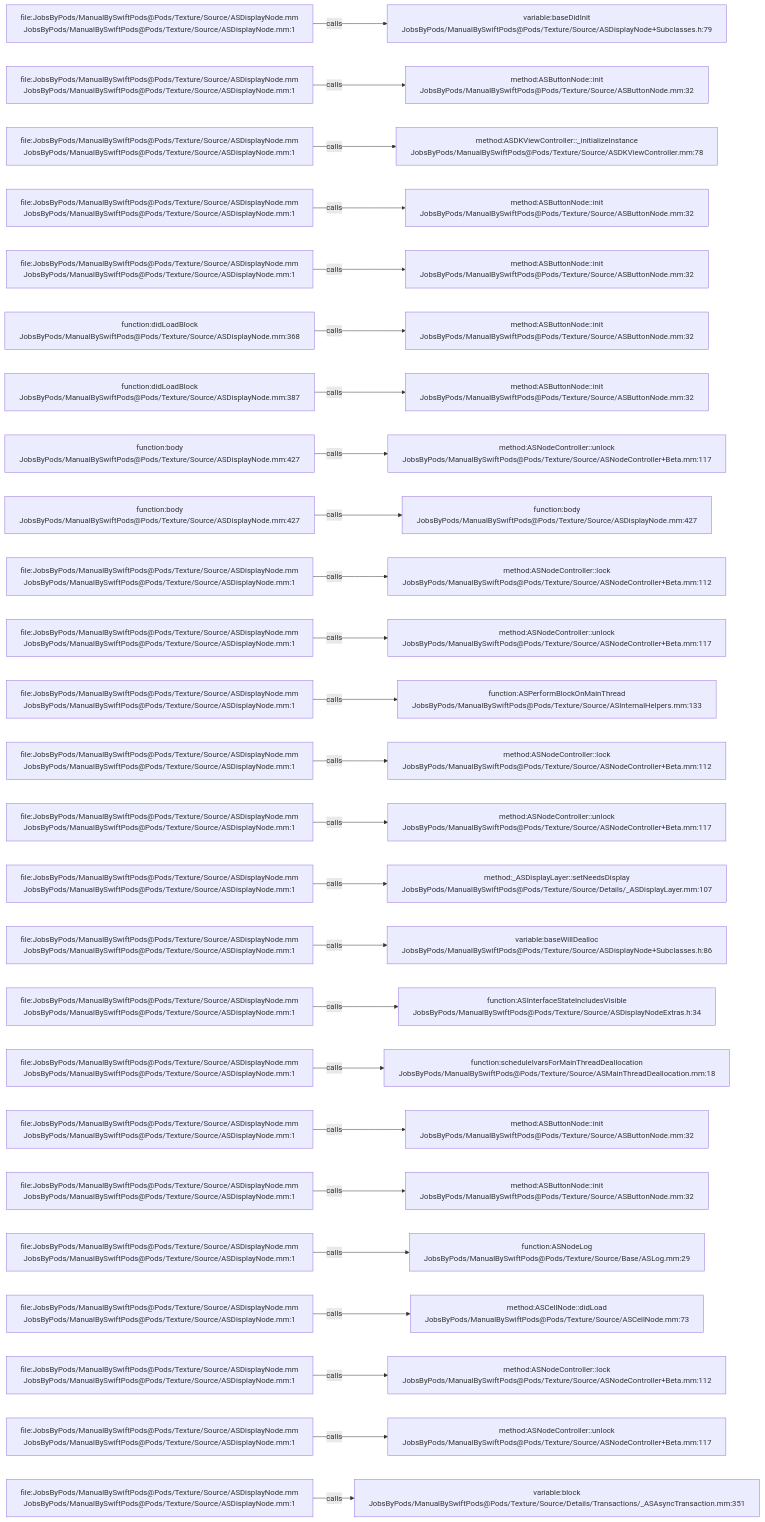
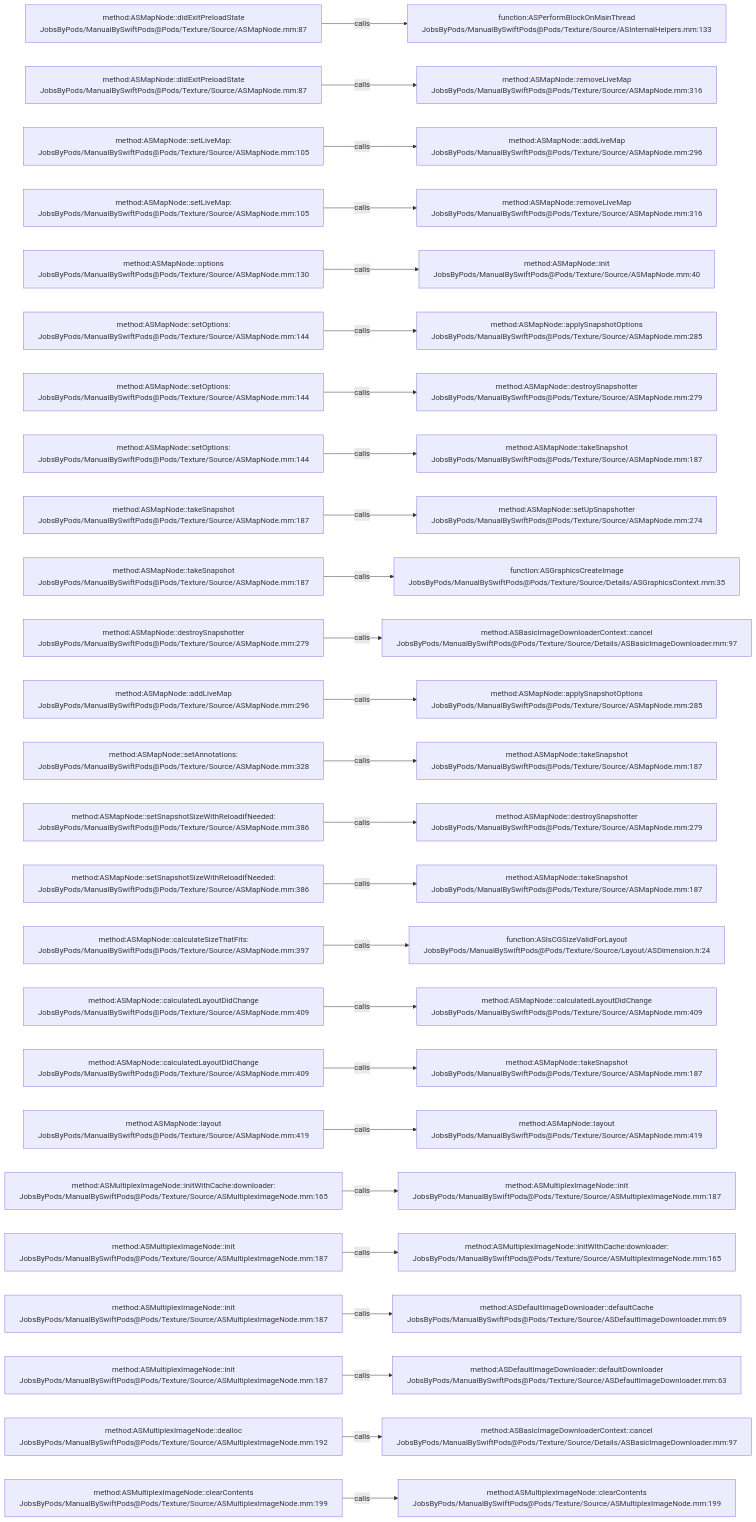
Before and after one commit to JobsKits/JobsSwiftBaseConfigDemo: the diagram in .codegraph/codegraph.md/graphs/calls-046.md, drawn with Mermaid. The commit also changed 832 other files, not shown here.

````diff
--- a/.codegraph/codegraph.md/graphs/calls-046.md
+++ b/.codegraph/codegraph.md/graphs/calls-046.md
@@ -13,78 +13,78 @@
 ```mermaid
 flowchart LR
-  S1["file:JobsByPods/ManualBySwiftPods@Pods/Texture/Source/ASDisplayNode.mm<br/>JobsByPods/ManualBySwiftPods@Pods/Texture/Source/ASDisplayNode.mm:1"]
-  T1["variable:baseDidInit<br/>JobsByPods/ManualBySwiftPods@Pods/Texture/Source/ASDisplayNode+Subclasses.h:79"]
+  S1["method:ASMapNode::didExitPreloadState<br/>JobsByPods/ManualBySwiftPods@Pods/Texture/Source/ASMapNode.mm:87"]
+  T1["function:ASPerformBlockOnMainThread<br/>JobsByPods/ManualBySwiftPods@Pods/Texture/Source/ASInternalHelpers.mm:133"]
   S1 -->|calls| T1
-  S2["file:JobsByPods/ManualBySwiftPods@Pods/Texture/Source/ASDisplayNode.mm<br/>JobsByPods/ManualBySwiftPods@Pods/Texture/Source/ASDisplayNode.mm:1"]
-  T2["method:ASButtonNode::init<br/>JobsByPods/ManualBySwiftPods@Pods/Texture/Source/ASButtonNode.mm:32"]
+  S2["method:ASMapNode::didExitPreloadState<br/>JobsByPods/ManualBySwiftPods@Pods/Texture/Source/ASMapNode.mm:87"]
+  T2["method:ASMapNode::removeLiveMap<br/>JobsByPods/ManualBySwiftPods@Pods/Texture/Source/ASMapNode.mm:316"]
   S2 -->|calls| T2
-  S3["file:JobsByPods/ManualBySwiftPods@Pods/Texture/Source/ASDisplayNode.mm<br/>JobsByPods/ManualBySwiftPods@Pods/Texture/Source/ASDisplayNode.mm:1"]
-  T3["method:ASDKViewController::_initializeInstance<br/>JobsByPods/ManualBySwiftPods@Pods/Texture/Source/ASDKViewController.mm:78"]
+  S3["method:ASMapNode::setLiveMap:<br/>JobsByPods/ManualBySwiftPods@Pods/Texture/Source/ASMapNode.mm:105"]
+  T3["method:ASMapNode::addLiveMap<br/>JobsByPods/ManualBySwiftPods@Pods/Texture/Source/ASMapNode.mm:296"]
   S3 -->|calls| T3
-  S4["file:JobsByPods/ManualBySwiftPods@Pods/Texture/Source/ASDisplayNode.mm<br/>JobsByPods/ManualBySwiftPods@Pods/Texture/Source/ASDisplayNode.mm:1"]
-  T4["method:ASButtonNode::init<br/>JobsByPods/ManualBySwiftPods@Pods/Texture/Source/ASButtonNode.mm:32"]
+  S4["method:ASMapNode::setLiveMap:<br/>JobsByPods/ManualBySwiftPods@Pods/Texture/Source/ASMapNode.mm:105"]
+  T4["method:ASMapNode::removeLiveMap<br/>JobsByPods/ManualBySwiftPods@Pods/Texture/Source/ASMapNode.mm:316"]
   S4 -->|calls| T4
-  S5["file:JobsByPods/ManualBySwiftPods@Pods/Texture/Source/ASDisplayNode.mm<br/>JobsByPods/ManualBySwiftPods@Pods/Texture/Source/ASDisplayNode.mm:1"]
-  T5["method:ASButtonNode::init<br/>JobsByPods/ManualBySwiftPods@Pods/Texture/Source/ASButtonNode.mm:32"]
+  S5["method:ASMapNode::options<br/>JobsByPods/ManualBySwiftPods@Pods/Texture/Source/ASMapNode.mm:130"]
+  T5["method:ASMapNode::init<br/>JobsByPods/ManualBySwiftPods@Pods/Texture/Source/ASMapNode.mm:40"]
   S5 -->|calls| T5
-  S6["function:didLoadBlock<br/>JobsByPods/ManualBySwiftPods@Pods/Texture/Source/ASDisplayNode.mm:368"]
-  T6["method:ASButtonNode::init<br/>JobsByPods/ManualBySwiftPods@Pods/Texture/Source/ASButtonNode.mm:32"]
+  S6["method:ASMapNode::setOptions:<br/>JobsByPods/ManualBySwiftPods@Pods/Texture/Source/ASMapNode.mm:144"]
+  T6["method:ASMapNode::applySnapshotOptions<br/>JobsByPods/ManualBySwiftPods@Pods/Texture/Source/ASMapNode.mm:285"]
   S6 -->|calls| T6
-  S7["function:didLoadBlock<br/>JobsByPods/ManualBySwiftPods@Pods/Texture/Source/ASDisplayNode.mm:387"]
-  T7["method:ASButtonNode::init<br/>JobsByPods/ManualBySwiftPods@Pods/Texture/Source/ASButtonNode.mm:32"]
+  S7["method:ASMapNode::setOptions:<br/>JobsByPods/ManualBySwiftPods@Pods/Texture/Source/ASMapNode.mm:144"]
+  T7["method:ASMapNode::destroySnapshotter<br/>JobsByPods/ManualBySwiftPods@Pods/Texture/Source/ASMapNode.mm:279"]
   S7 -->|calls| T7
-  S8["function:body<br/>JobsByPods/ManualBySwiftPods@Pods/Texture/Source/ASDisplayNode.mm:427"]
-  T8["method:ASNodeController::unlock<br/>JobsByPods/ManualBySwiftPods@Pods/Texture/Source/ASNodeController+Beta.mm:117"]
+  S8["method:ASMapNode::setOptions:<br/>JobsByPods/ManualBySwiftPods@Pods/Texture/Source/ASMapNode.mm:144"]
+  T8["method:ASMapNode::takeSnapshot<br/>JobsByPods/ManualBySwiftPods@Pods/Texture/Source/ASMapNode.mm:187"]
   S8 -->|calls| T8
-  S9["function:body<br/>JobsByPods/ManualBySwiftPods@Pods/Texture/Source/ASDisplayNode.mm:427"]
-  T9["function:body<br/>JobsByPods/ManualBySwiftPods@Pods/Texture/Source/ASDisplayNode.mm:427"]
+  S9["method:ASMapNode::takeSnapshot<br/>JobsByPods/ManualBySwiftPods@Pods/Texture/Source/ASMapNode.mm:187"]
+  T9["method:ASMapNode::setUpSnapshotter<br/>JobsByPods/ManualBySwiftPods@Pods/Texture/Source/ASMapNode.mm:274"]
   S9 -->|calls| T9
-  S10["file:JobsByPods/ManualBySwiftPods@Pods/Texture/Source/ASDisplayNode.mm<br/>JobsByPods/ManualBySwiftPods@Pods/Texture/Source/ASDisplayNode.mm:1"]
-  T10["method:ASNodeController::lock<br/>JobsByPods/ManualBySwiftPods@Pods/Texture/Source/ASNodeController+Beta.mm:112"]
+  S10["method:ASMapNode::takeSnapshot<br/>JobsByPods/ManualBySwiftPods@Pods/Texture/Source/ASMapNode.mm:187"]
+  T10["function:ASGraphicsCreateImage<br/>JobsByPods/ManualBySwiftPods@Pods/Texture/Source/Details/ASGraphicsContext.mm:35"]
   S10 -->|calls| T10
-  S11["file:JobsByPods/ManualBySwiftPods@Pods/Texture/Source/ASDisplayNode.mm<br/>JobsByPods/ManualBySwiftPods@Pods/Texture/Source/ASDisplayNode.mm:1"]
-  T11["method:ASNodeController::unlock<br/>JobsByPods/ManualBySwiftPods@Pods/Texture/Source/ASNodeController+Beta.mm:117"]
+  S11["method:ASMapNode::destroySnapshotter<br/>JobsByPods/ManualBySwiftPods@Pods/Texture/Source/ASMapNode.mm:279"]
+  T11["method:ASBasicImageDownloaderContext::cancel<br/>JobsByPods/ManualBySwiftPods@Pods/Texture/Source/Details/ASBasicImageDownloader.mm:97"]
   S11 -->|calls| T11
-  S12["file:JobsByPods/ManualBySwiftPods@Pods/Texture/Source/ASDisplayNode.mm<br/>JobsByPods/ManualBySwiftPods@Pods/Texture/Source/ASDisplayNode.mm:1"]
-  T12["function:ASPerformBlockOnMainThread<br/>JobsByPods/ManualBySwiftPods@Pods/Texture/Source/ASInternalHelpers.mm:133"]
+  S12["method:ASMapNode::addLiveMap<br/>JobsByPods/ManualBySwiftPods@Pods/Texture/Source/ASMapNode.mm:296"]
+  T12["method:ASMapNode::applySnapshotOptions<br/>JobsByPods/ManualBySwiftPods@Pods/Texture/Source/ASMapNode.mm:285"]
   S12 -->|calls| T12
-  S13["file:JobsByPods/ManualBySwiftPods@Pods/Texture/Source/ASDisplayNode.mm<br/>JobsByPods/ManualBySwiftPods@Pods/Texture/Source/ASDisplayNode.mm:1"]
-  T13["method:ASNodeController::lock<br/>JobsByPods/ManualBySwiftPods@Pods/Texture/Source/ASNodeController+Beta.mm:112"]
+  S13["method:ASMapNode::setAnnotations:<br/>JobsByPods/ManualBySwiftPods@Pods/Texture/Source/ASMapNode.mm:328"]
+  T13["method:ASMapNode::takeSnapshot<br/>JobsByPods/ManualBySwiftPods@Pods/Texture/Source/ASMapNode.mm:187"]
   S13 -->|calls| T13
-  S14["file:JobsByPods/ManualBySwiftPods@Pods/Texture/Source/ASDisplayNode.mm<br/>JobsByPods/ManualBySwiftPods@Pods/Texture/Source/ASDisplayNode.mm:1"]
-  T14["method:ASNodeController::unlock<br/>JobsByPods/ManualBySwiftPods@Pods/Texture/Source/ASNodeController+Beta.mm:117"]
+  S14["method:ASMapNode::setSnapshotSizeWithReloadIfNeeded:<br/>JobsByPods/ManualBySwiftPods@Pods/Texture/Source/ASMapNode.mm:386"]
+  T14["method:ASMapNode::destroySnapshotter<br/>JobsByPods/ManualBySwiftPods@Pods/Texture/Source/ASMapNode.mm:279"]
   S14 -->|calls| T14
-  S15["file:JobsByPods/ManualBySwiftPods@Pods/Texture/Source/ASDisplayNode.mm<br/>JobsByPods/ManualBySwiftPods@Pods/Texture/Source/ASDisplayNode.mm:1"]
-  T15["method:_ASDisplayLayer::setNeedsDisplay<br/>JobsByPods/ManualBySwiftPods@Pods/Texture/Source/Details/_ASDisplayLayer.mm:107"]
+  S15["method:ASMapNode::setSnapshotSizeWithReloadIfNeeded:<br/>JobsByPods/ManualBySwiftPods@Pods/Texture/Source/ASMapNode.mm:386"]
+  T15["method:ASMapNode::takeSnapshot<br/>JobsByPods/ManualBySwiftPods@Pods/Texture/Source/ASMapNode.mm:187"]
   S15 -->|calls| T15
-  S16["file:JobsByPods/ManualBySwiftPods@Pods/Texture/Source/ASDisplayNode.mm<br/>JobsByPods/ManualBySwiftPods@Pods/Texture/Source/ASDisplayNode.mm:1"]
-  T16["variable:baseWillDealloc<br/>JobsByPods/ManualBySwiftPods@Pods/Texture/Source/ASDisplayNode+Subclasses.h:86"]
+  S16["method:ASMapNode::calculateSizeThatFits:<br/>JobsByPods/ManualBySwiftPods@Pods/Texture/Source/ASMapNode.mm:397"]
+  T16["function:ASIsCGSizeValidForLayout<br/>JobsByPods/ManualBySwiftPods@Pods/Texture/Source/Layout/ASDimension.h:24"]
   S16 -->|calls| T16
-  S17["file:JobsByPods/ManualBySwiftPods@Pods/Texture/Source/ASDisplayNode.mm<br/>JobsByPods/ManualBySwiftPods@Pods/Texture/Source/ASDisplayNode.mm:1"]
-  T17["function:ASInterfaceStateIncludesVisible<br/>JobsByPods/ManualBySwiftPods@Pods/Texture/Source/ASDisplayNodeExtras.h:34"]
+  S17["method:ASMapNode::calculatedLayoutDidChange<br/>JobsByPods/ManualBySwiftPods@Pods/Texture/Source/ASMapNode.mm:409"]
+  T17["method:ASMapNode::calculatedLayoutDidChange<br/>JobsByPods/ManualBySwiftPods@Pods/Texture/Source/ASMapNode.mm:409"]
   S17 -->|calls| T17
-  S18["file:JobsByPods/ManualBySwiftPods@Pods/Texture/Source/ASDisplayNode.mm<br/>JobsByPods/ManualBySwiftPods@Pods/Texture/Source/ASDisplayNode.mm:1"]
-  T18["function:scheduleIvarsForMainThreadDeallocation<br/>JobsByPods/ManualBySwiftPods@Pods/Texture/Source/ASMainThreadDeallocation.mm:18"]
+  S18["method:ASMapNode::calculatedLayoutDidChange<br/>JobsByPods/ManualBySwiftPods@Pods/Texture/Source/ASMapNode.mm:409"]
+  T18["method:ASMapNode::takeSnapshot<br/>JobsByPods/ManualBySwiftPods@Pods/Texture/Source/ASMapNode.mm:187"]
   S18 -->|calls| T18
-  S19["file:JobsByPods/ManualBySwiftPods@Pods/Texture/Source/ASDisplayNode.mm<br/>JobsByPods/ManualBySwiftPods@Pods/Texture/Source/ASDisplayNode.mm:1"]
-  T19["method:ASButtonNode::init<br/>JobsByPods/ManualBySwiftPods@Pods/Texture/Source/ASButtonNode.mm:32"]
+  S19["method:ASMapNode::layout<br/>JobsByPods/ManualBySwiftPods@Pods/Texture/Source/ASMapNode.mm:419"]
+  T19["method:ASMapNode::layout<br/>JobsByPods/ManualBySwiftPods@Pods/Texture/Source/ASMapNode.mm:419"]
   S19 -->|calls| T19
-  S20["file:JobsByPods/ManualBySwiftPods@Pods/Texture/Source/ASDisplayNode.mm<br/>JobsByPods/ManualBySwiftPods@Pods/Texture/Source/ASDisplayNode.mm:1"]
-  T20["method:ASButtonNode::init<br/>JobsByPods/ManualBySwiftPods@Pods/Texture/Source/ASButtonNode.mm:32"]
+  S20["method:ASMultiplexImageNode::initWithCache:downloader:<br/>JobsByPods/ManualBySwiftPods@Pods/Texture/Source/ASMultiplexImageNode.mm:165"]
+  T20["method:ASMultiplexImageNode::init<br/>JobsByPods/ManualBySwiftPods@Pods/Texture/Source/ASMultiplexImageNode.mm:187"]
   S20 -->|calls| T20
-  S21["file:JobsByPods/ManualBySwiftPods@Pods/Texture/Source/ASDisplayNode.mm<br/>JobsByPods/ManualBySwiftPods@Pods/Texture/Source/ASDisplayNode.mm:1"]
-  T21["function:ASNodeLog<br/>JobsByPods/ManualBySwiftPods@Pods/Texture/Source/Base/ASLog.mm:29"]
+  S21["method:ASMultiplexImageNode::init<br/>JobsByPods/ManualBySwiftPods@Pods/Texture/Source/ASMultiplexImageNode.mm:187"]
+  T21["method:ASMultiplexImageNode::initWithCache:downloader:<br/>JobsByPods/ManualBySwiftPods@Pods/Texture/Source/ASMultiplexImageNode.mm:165"]
   S21 -->|calls| T21
-  S22["file:JobsByPods/ManualBySwiftPods@Pods/Texture/Source/ASDisplayNode.mm<br/>JobsByPods/ManualBySwiftPods@Pods/Texture/Source/ASDisplayNode.mm:1"]
-  T22["method:ASCellNode::didLoad<br/>JobsByPods/ManualBySwiftPods@Pods/Texture/Source/ASCellNode.mm:73"]
+  S22["method:ASMultiplexImageNode::init<br/>JobsByPods/ManualBySwiftPods@Pods/Texture/Source/ASMultiplexImageNode.mm:187"]
+  T22["method:ASDefaultImageDownloader::defaultCache<br/>JobsByPods/ManualBySwiftPods@Pods/Texture/Source/ASDefaultImageDownloader.mm:69"]
   S22 -->|calls| T22
-  S23["file:JobsByPods/ManualBySwiftPods@Pods/Texture/Source/ASDisplayNode.mm<br/>JobsByPods/ManualBySwiftPods@Pods/Texture/Source/ASDisplayNode.mm:1"]
-  T23["method:ASNodeController::lock<br/>JobsByPods/ManualBySwiftPods@Pods/Texture/Source/ASNodeController+Beta.mm:112"]
+  S23["method:ASMultiplexImageNode::init<br/>JobsByPods/ManualBySwiftPods@Pods/Texture/Source/ASMultiplexImageNode.mm:187"]
+  T23["method:ASDefaultImageDownloader::defaultDownloader<br/>JobsByPods/ManualBySwiftPods@Pods/Texture/Source/ASDefaultImageDownloader.mm:63"]
   S23 -->|calls| T23
-  S24["file:JobsByPods/ManualBySwiftPods@Pods/Texture/Source/ASDisplayNode.mm<br/>JobsByPods/ManualBySwiftPods@Pods/Texture/Source/ASDisplayNode.mm:1"]
-  T24["method:ASNodeController::unlock<br/>JobsByPods/ManualBySwiftPods@Pods/Texture/Source/ASNodeController+Beta.mm:117"]
+  S24["method:ASMultiplexImageNode::dealloc<br/>JobsByPods/ManualBySwiftPods@Pods/Texture/Source/ASMultiplexImageNode.mm:192"]
+  T24["method:ASBasicImageDownloaderContext::cancel<br/>JobsByPods/ManualBySwiftPods@Pods/Texture/Source/Details/ASBasicImageDownloader.mm:97"]
   S24 -->|calls| T24
-  S25["file:JobsByPods/ManualBySwiftPods@Pods/Texture/Source/ASDisplayNode.mm<br/>JobsByPods/ManualBySwiftPods@Pods/Texture/Source/ASDisplayNode.mm:1"]
-  T25["variable:block<br/>JobsByPods/ManualBySwiftPods@Pods/Texture/Source/Details/Transactions/_ASAsyncTransaction.mm:351"]
+  S25["method:ASMultiplexImageNode::clearContents<br/>JobsByPods/ManualBySwiftPods@Pods/Texture/Source/ASMultiplexImageNode.mm:199"]
+  T25["method:ASMultiplexImageNode::clearContents<br/>JobsByPods/ManualBySwiftPods@Pods/Texture/Source/ASMultiplexImageNode.mm:199"]
   S25 -->|calls| T25
 ```
````
